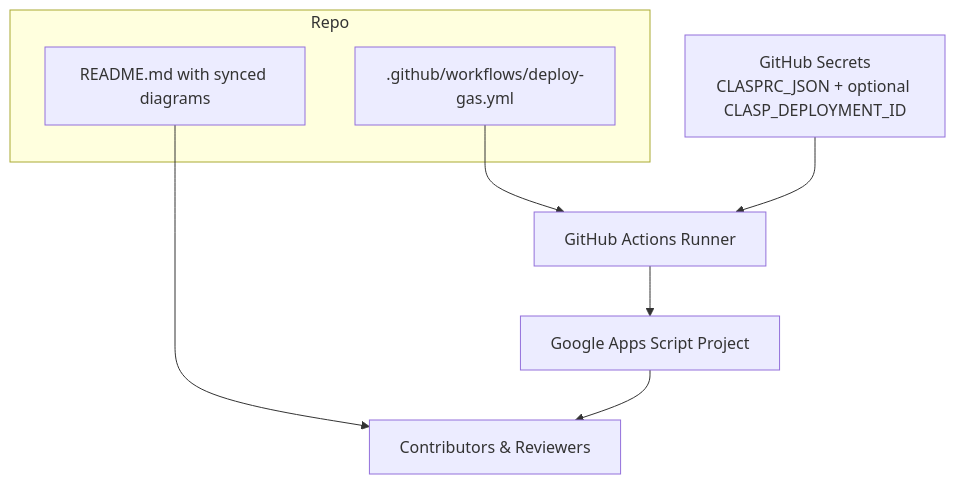
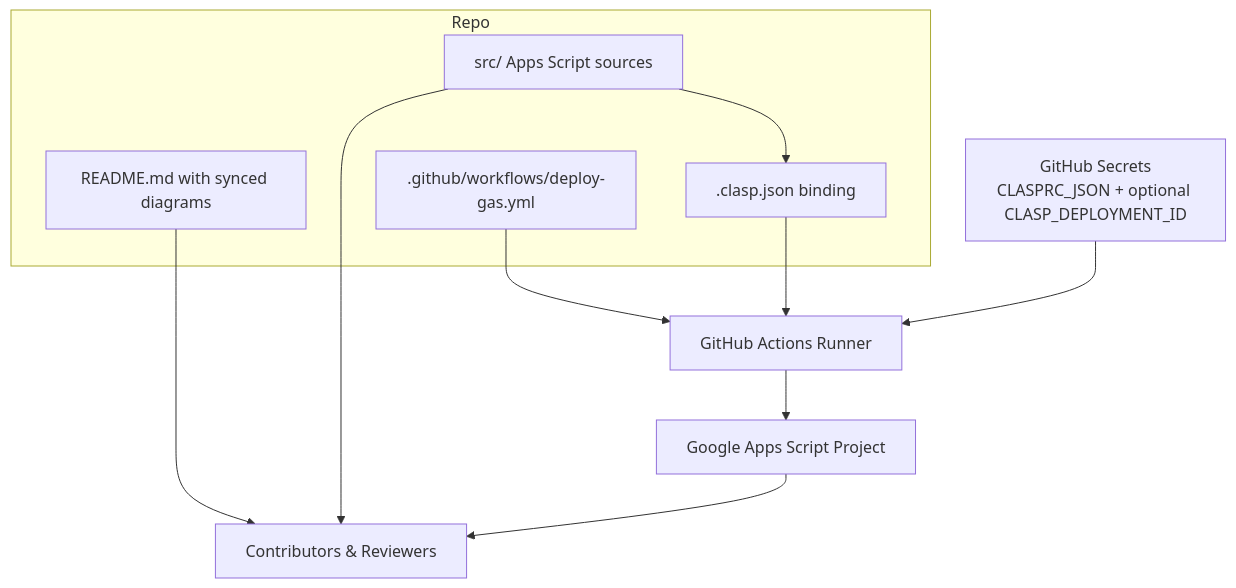
The fourth of 5 diagrams in README.md (muyueh/test-clasp), drawn with Mermaid before and after one commit. The commit also changed other lines of this file and 2 other files, not shown here.

Commit message:
Add clasp config

````diff
--- a/README.md
+++ b/README.md
@@ -45,16 +52,21 @@
 ```mermaid
 flowchart TD
     subgraph Repo
         README[README.md with synced diagrams]
         Workflow[.github/workflows/deploy-gas.yml]
+        ClaspConfig[.clasp.json binding]
+        Source[src/ Apps Script sources]
     end
     Secrets[GitHub Secrets\nCLASPRC_JSON + optional CLASP_DEPLOYMENT_ID]
     Runner[GitHub Actions Runner]
     GAS[Google Apps Script Project]
     Contributors[Contributors & Reviewers]
     README --> Contributors
     Workflow --> Runner
+    Source --> ClaspConfig
+    ClaspConfig --> Runner
+    Source --> Contributors
     Secrets --> Runner
     Runner --> GAS
     GAS --> Contributors
 ```
````
